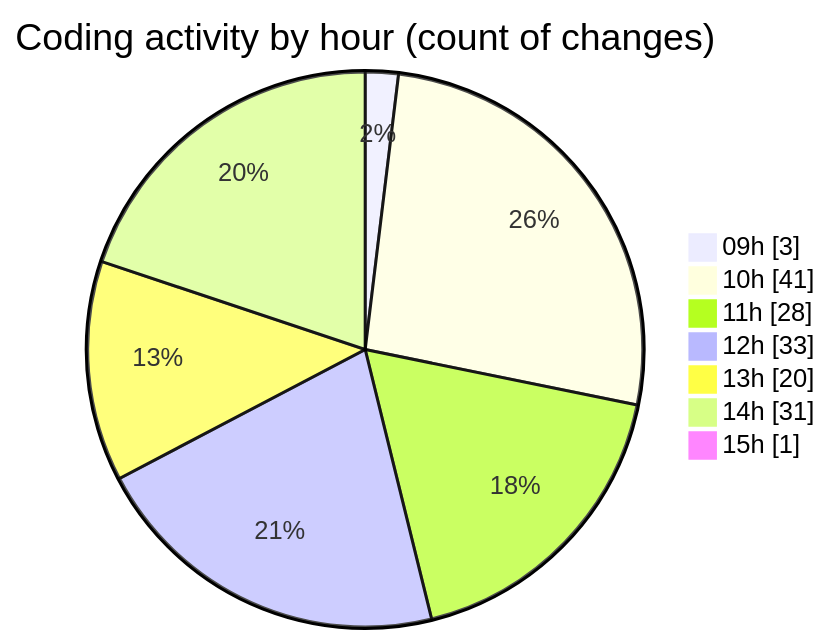
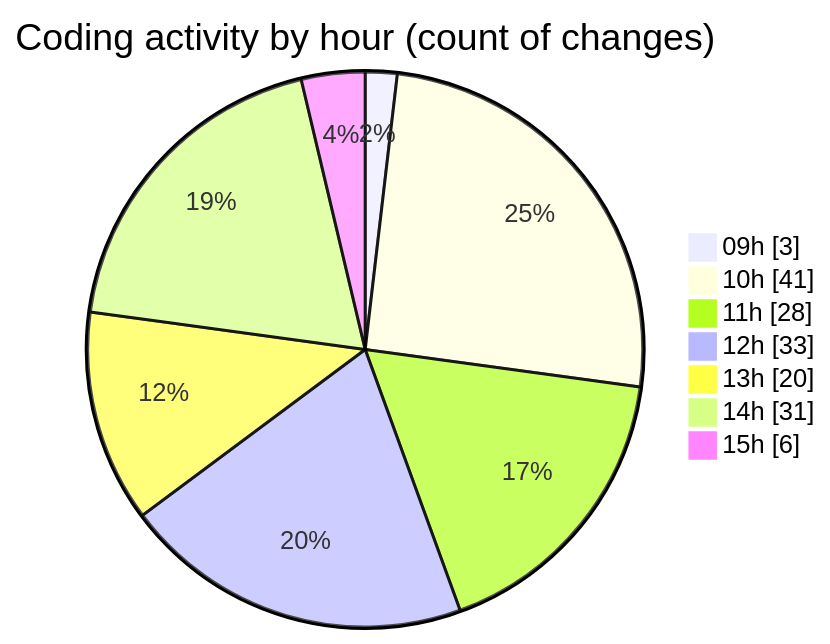
The second of 2 diagrams in 2025-05-19/ecodeli-1/README.md (CELIANVF/code-tracking), drawn with Mermaid before and after one commit. The commit also changed other lines of this file and 1 other file, not shown here.

````diff
--- a/2025-05-19/ecodeli-1/README.md
+++ b/2025-05-19/ecodeli-1/README.md
@@ -70,11 +72,11 @@
 ```mermaid
 pie showData
 title Coding activity by hour (count of changes)
 "09h" : 3
 "10h" : 41
 "11h" : 28
 "12h" : 33
 "13h" : 20
 "14h" : 31
-"15h" : 1
+"15h" : 6
 ```
````
